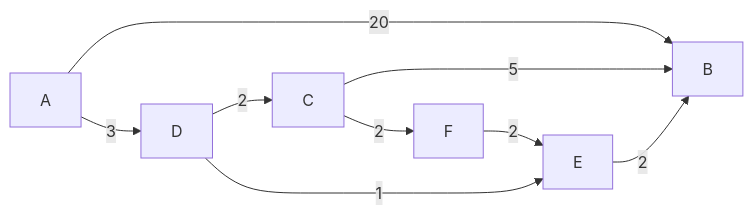
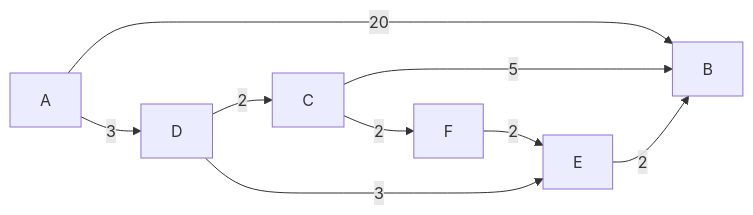
The diagram in terminale/Structures_relationnelles_de_données/Activité_vacances_à_la_plage.md (boddaert/nsi), drawn with Mermaid before and after one commit. The commit also changed other lines of this file, not shown here.

````diff
--- a/terminale/Structures_relationnelles_de_données/Activité_vacances_à_la_plage.md
+++ b/terminale/Structures_relationnelles_de_données/Activité_vacances_à_la_plage.md
@@ -35,11 +35,11 @@
 ```mermaid
     flowchart LR
         A --20--> B
         A --3--> D
         C --5--> B
         C --2--> F
         D --2--> C
-        D --1--> E
+        D --3--> E
         E --2--> B
         F --2--> E
 ```
````
